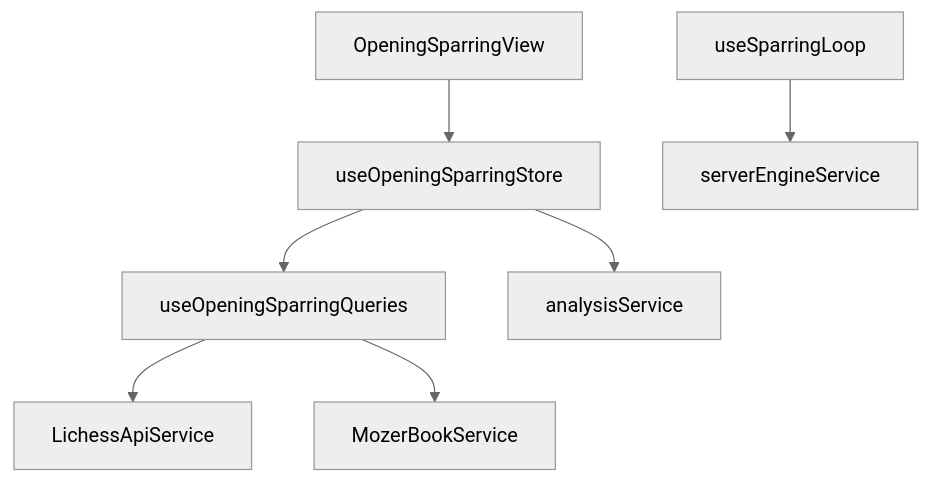
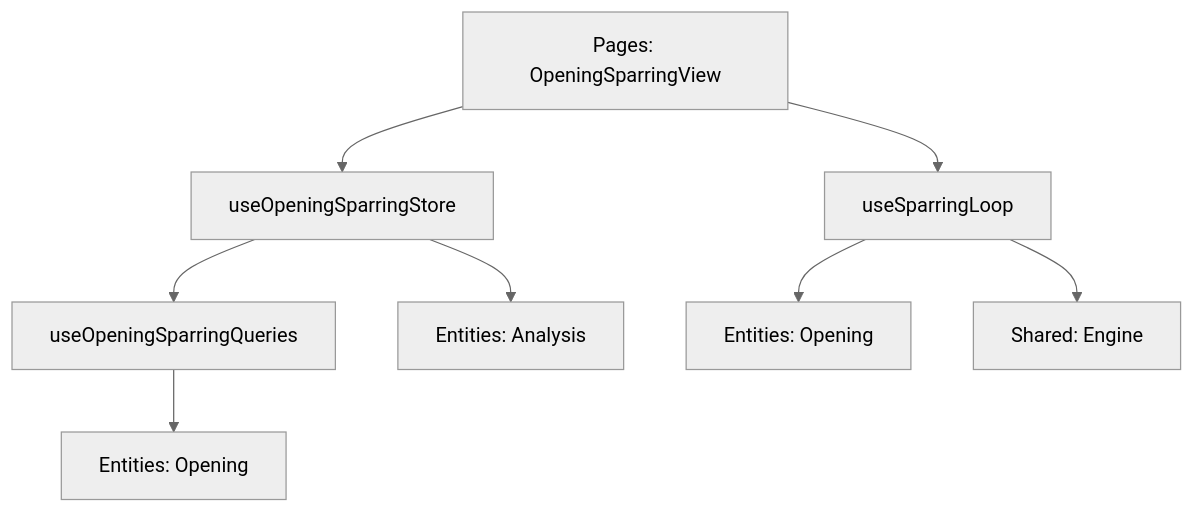
One commit to ImMoSer/Chessboard.fun changed the diagram in game_logics/05_opening-sparring.md. Above: the diagram before and after it, drawn with Mermaid (neutral theme). The commit also changed other lines of this file and 6 other files, not shown here.

````diff
--- a/game_logics/05_opening-sparring.md
+++ b/game_logics/05_opening-sparring.md
@@ -68,9 +52,13 @@
 ```mermaid
 graph TD
-    OpeningSparringView --> useOpeningSparringStore
+    OpeningSparringPage[Pages: OpeningSparringView] --> useOpeningSparringStore
+    OpeningSparringPage --> useSparringLoop
+    
     useOpeningSparringStore --> useOpeningSparringQueries
-    useOpeningSparringQueries --> LichessApiService
-    useOpeningSparringQueries --> MozerBookService
-    useOpeningSparringStore --> analysisService
-    useSparringLoop --> serverEngineService
+    useOpeningSparringStore --> analysisService[Entities: Analysis]
+    
+    useSparringLoop --> mozerBookService[Entities: Opening]
+    useSparringLoop --> serverEngineService[Shared: Engine]
+    
+    useOpeningSparringQueries --> lichessApiService[Entities: Opening]
 ```
````
